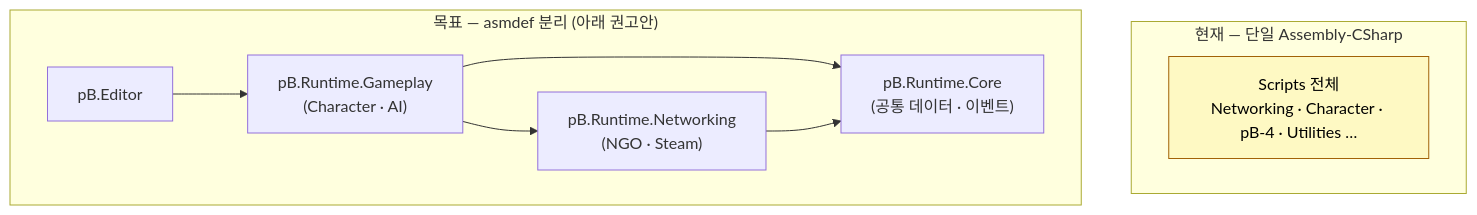
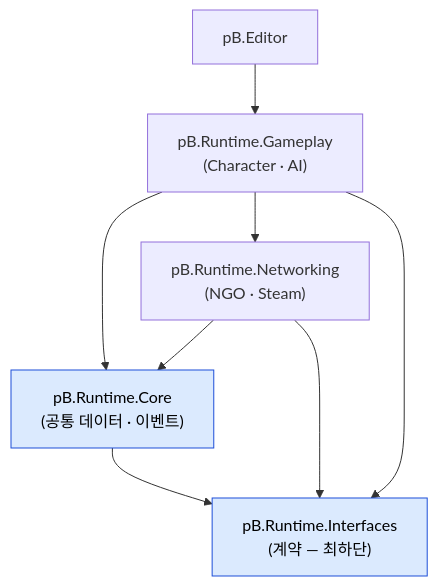
Before and after one commit to Ethaniya0912/pB: the second of 2 diagrams in Docs/game-dev-wiki/01-foundation/assembly-definition.md, drawn with Mermaid. The commit also changed other lines of this file and 7 other files, not shown here.

````diff
--- a/Docs/game-dev-wiki/01-foundation/assembly-definition.md
+++ b/Docs/game-dev-wiki/01-foundation/assembly-definition.md
@@ -25,18 +76,17 @@
 ```mermaid
 flowchart TB
-  subgraph NOW["현재 — 단일 Assembly-CSharp"]
-    X["Scripts 전체<br/>Networking · Character · pB-4 · Utilities …"]
-  end
-  subgraph TARGET["목표 — asmdef 분리 (아래 권고안)"]
-    GAME["pB.Runtime.Gameplay<br/>(Character · AI)"]
-    NETA["pB.Runtime.Networking<br/>(NGO · Steam)"]
-    CORE["pB.Runtime.Core<br/>(공통 데이터 · 이벤트)"]
-    ED["pB.Editor"]
-    GAME --> CORE
-    GAME --> NETA
-    NETA --> CORE
-    ED --> GAME
-  end
-  classDef warn fill:#fef9c3,stroke:#a16207,color:#000;
-  class X warn
+  GAME["pB.Runtime.Gameplay<br/>(Character · AI)"]
+  NETA["pB.Runtime.Networking<br/>(NGO · Steam)"]
+  CORE["pB.Runtime.Core<br/>(공통 데이터 · 이벤트)"]
+  IFACE["pB.Runtime.Interfaces<br/>(계약 — 최하단)"]
+  ED["pB.Editor"]
+  GAME --> CORE
+  GAME --> NETA
+  NETA --> CORE
+  GAME --> IFACE
+  NETA --> IFACE
+  CORE --> IFACE
+  ED --> GAME
+  classDef base fill:#dbeafe,stroke:#1d4ed8,color:#000;
+  class IFACE,CORE base
 ```
````
